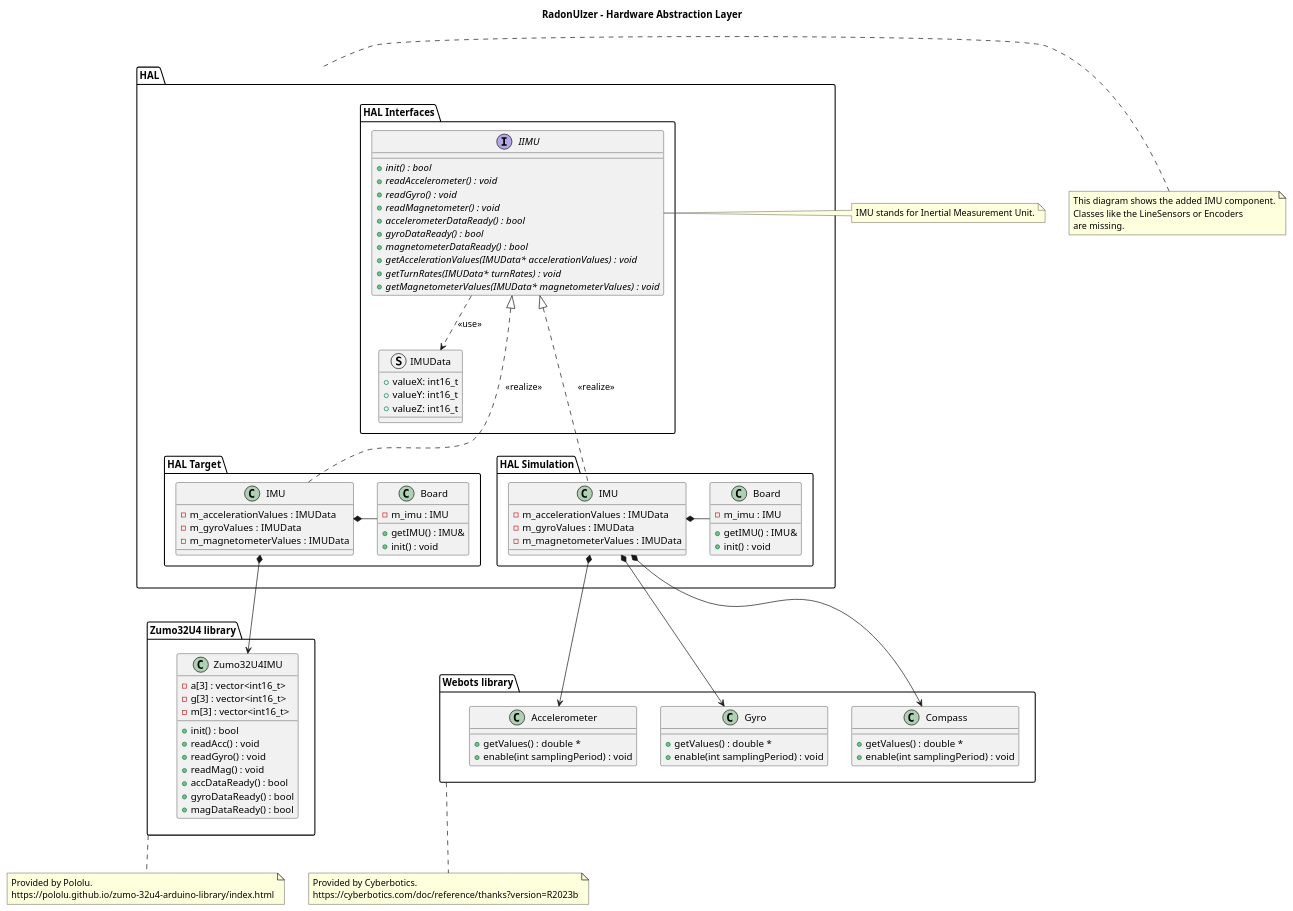
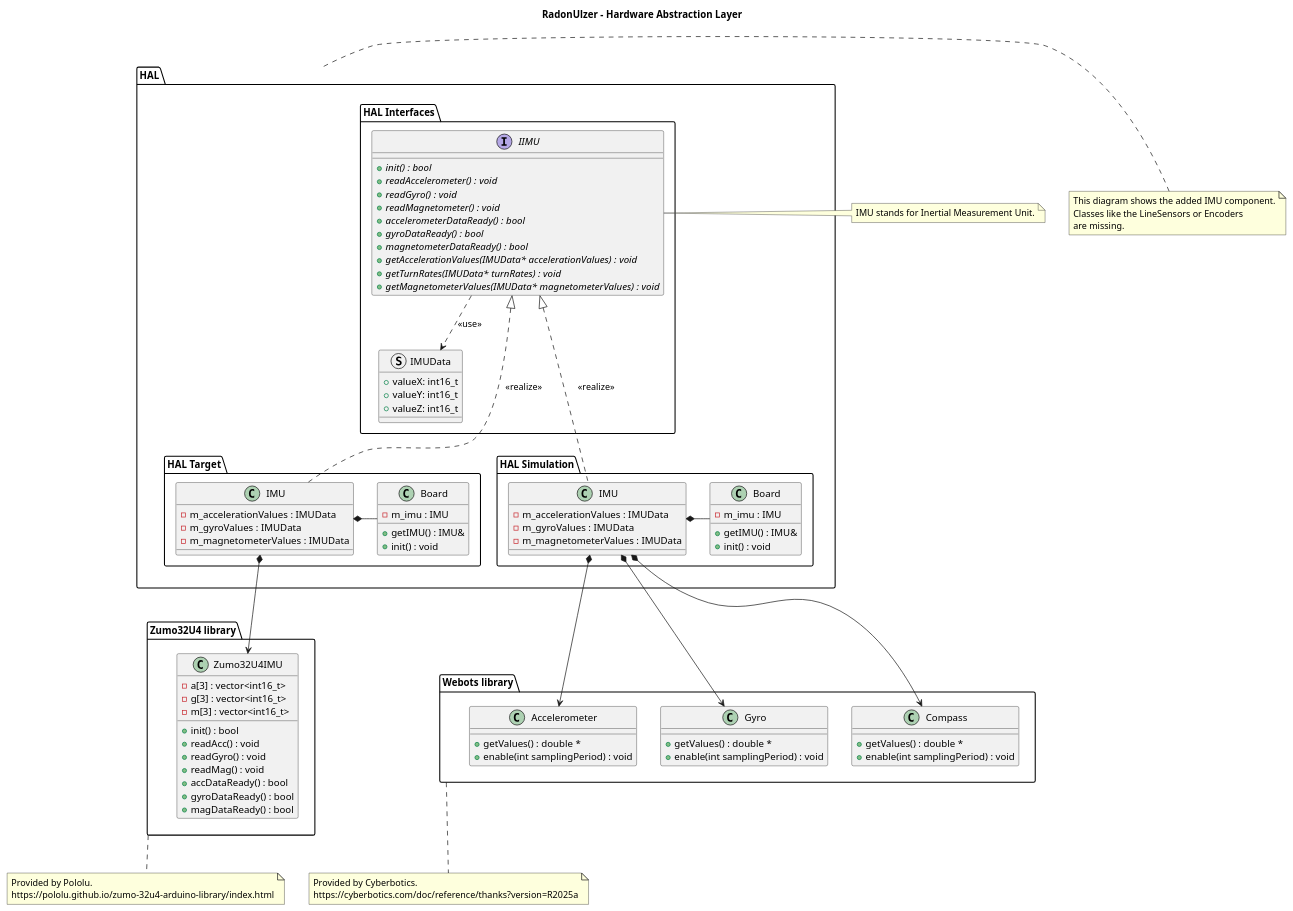
Before and after one commit to BlueAndi/RadonUlzer: the diagram in doc/architecture/uml/LogicalView/SensorFusion/HAL_IMU.puml, drawn with PlantUML. The commit also changed 26 other files, not shown here.

```diff
--- a/doc/architecture/uml/LogicalView/SensorFusion/HAL_IMU.puml
+++ b/doc/architecture/uml/LogicalView/SensorFusion/HAL_IMU.puml
@@ -1,119 +1,119 @@
 @startuml
 
 title RadonUlzer - Hardware Abstraction Layer
 
 package "HAL" as hal {
 
     package "HAL Interfaces" as halInterfaces {
         interface "IIMU" as iIMU {
             + {abstract} init() : bool
             + {abstract} readAccelerometer() : void
             + {abstract} readGyro() : void
             + {abstract} readMagnetometer() : void
             + {abstract} accelerometerDataReady() : bool
             + {abstract} gyroDataReady() : bool
             + {abstract} magnetometerDataReady() : bool
             + {abstract} getAccelerationValues(IMUData* accelerationValues) : void
             + {abstract} getTurnRates(IMUData* turnRates) : void
             + {abstract} getMagnetometerValues(IMUData* magnetometerValues) : void
 
         }
         struct IMUData {
             + valueX: int16_t
             + valueY: int16_t
             + valueZ: int16_t
         }
     }
 
     package "HAL Simulation" as simulation {
         class "IMU" as ImuSim {
             -  m_accelerationValues : IMUData
             -  m_gyroValues : IMUData
             -  m_magnetometerValues : IMUData
         }
         class "Board" as BoardSim {
             - m_imu : IMU
             + getIMU() : IMU&
             + init() : void
         }
     }
 
     package "HAL Target" as target {
         class "IMU" as ImuTarget {
             -  m_accelerationValues : IMUData
             -  m_gyroValues : IMUData
             -  m_magnetometerValues : IMUData
         }
         class "Board" as BoardTarget{
             - m_imu : IMU
             + getIMU() : IMU&
             + init() : void
         }
     }
 
     iIMU ..> IMUData: <<use>>
     iIMU <|... ImuSim: <<realize>>
     ImuTarget *- BoardTarget
     ImuSim *- BoardSim
 
     iIMU <|... ImuTarget: <<realize>>
 }
 package "Webots library"  as webotsLib {
     class Accelerometer {
         + getValues() : double *
         + enable(int samplingPeriod) : void
     }
     class Gyro {
         + getValues() : double *
         + enable(int samplingPeriod) : void
     }
     class Compass {
         + getValues() : double *
         + enable(int samplingPeriod) : void
     }
 }
 
 package "Zumo32U4 library"  as zumo32u4Lib {
 
     class Zumo32U4IMU {
         -  a[3] : vector<int16_t> 
         -  g[3] : vector<int16_t> 
         -  m[3] : vector<int16_t> 
         +  init() : bool
         +  readAcc() : void
         +  readGyro() : void
         +  readMag() : void
         +  accDataReady() : bool
         +  gyroDataReady() : bool
         +  magDataReady() : bool
     }
 }
 
 note bottom of zumo32u4Lib
     Provided by Pololu.
     https://pololu.github.io/zumo-32u4-arduino-library/index.html
 end note
 
 note bottom of webotsLib
     Provided by Cyberbotics.
-    https://cyberbotics.com/doc/reference/thanks?version=R2023b
+    https://cyberbotics.com/doc/reference/thanks?version=R2025a
 end note
 
 ImuTarget *--> Zumo32U4IMU
 
 ImuSim *--> Accelerometer
 ImuSim *--> Gyro
 ImuSim *--> Compass
 
 note right of iIMU
     IMU stands for Inertial Measurement Unit.
 end note
 
 note left of hal
     This diagram shows the added IMU component.
     Classes like the LineSensors or Encoders
     are missing.
 end note
 
 
 @enduml
```
